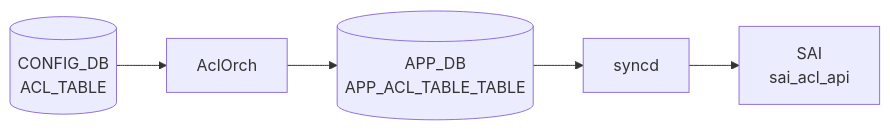
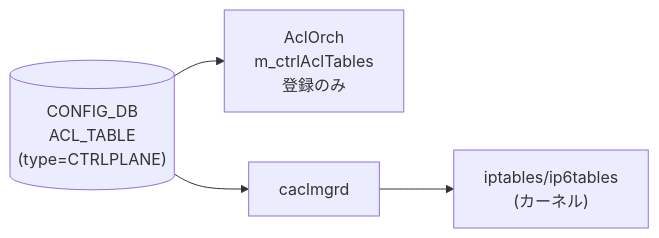
One commit to aoki-taquan/sonic-unofficial-docs changed the diagram in docs/reference/config-db/control-plane-acl.md. Above: the diagram before and after it, drawn with Mermaid. The commit also changed other lines of this file and 2 other files, not shown here.

Commit message:
review(batch-077): fix 3 issues found in config-db reference pages
- community-set: 運用ヒントの set_type/match_action 値を小文字から大文字(STANDARD/EXPANDED/ANY/ALL)に修正(DB格納値はYANG enumの大文字が正)
- console-port: entry-points の minigraph 欄を「なし」から実際の挙動(minigraph.py L2516/L2728、db_migrator)に修正
- control-plane-acl: mermaid データフロー図がSAIまで到達するように誤描画していたのをCTRLPLANE実態(AclOrch=m_ctrlAclTables登録のみ+caclmgrd→iptables)に修正

````diff
--- a/docs/reference/config-db/control-plane-acl.md
+++ b/docs/reference/config-db/control-plane-acl.md
@@ -47,12 +47,10 @@
 ```mermaid
 flowchart LR
-  CDB[("CONFIG_DB<br/>ACL_TABLE")]
-  DM["AclOrch"]
-  CDB --> DM
-  APPDB[("APP_DB<br/>APP_ACL_TABLE_TABLE")]
-  DM --> APPDB
-  SYNCD["syncd"]
-  APPDB --> SYNCD
-  SAI["SAI<br/>sai_acl_api"]
-  SYNCD --> SAI
+  CDB[("CONFIG_DB<br/>ACL_TABLE\n(type=CTRLPLANE)")]
+  ACLORCH["AclOrch\nm_ctrlAclTables\n登録のみ"]
+  CACLMGRD["caclmgrd"]
+  IPTABLES["iptables/ip6tables\n(カーネル)"]
+  CDB --> ACLORCH
+  CDB --> CACLMGRD
+  CACLMGRD --> IPTABLES
 ```
````
